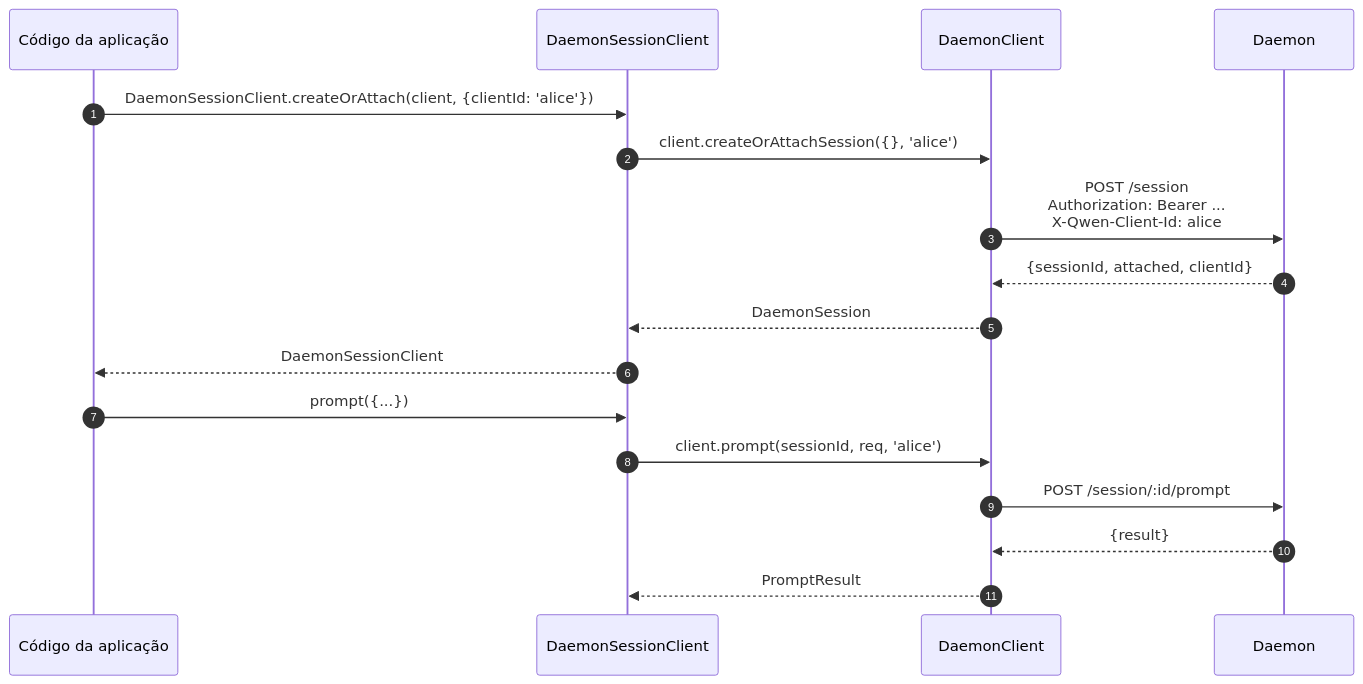
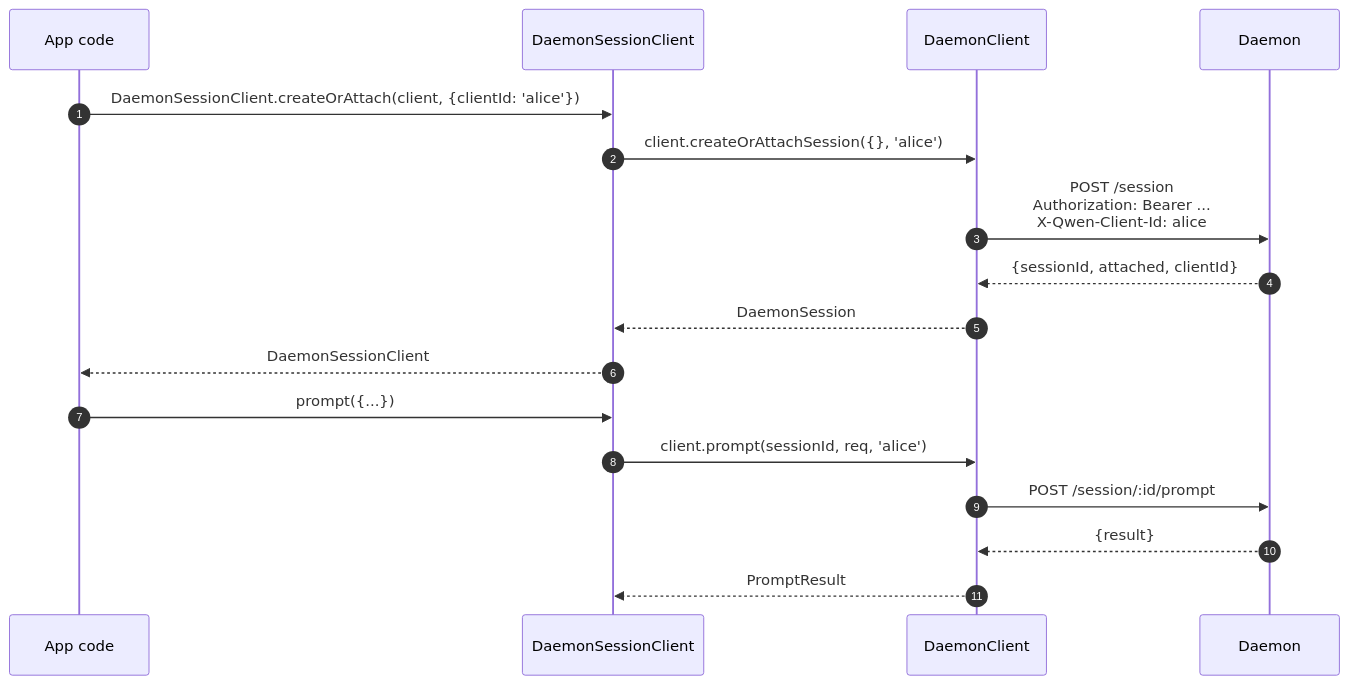
One commit to QwenLM/qwen-code-docs changed the first of 3 diagrams in website/content/pt-BR/developers/daemon/13-sdk-daemon-client.md. Above: the diagram before and after it, drawn with Mermaid. The commit also changed other lines of this file and 128 other files, not shown here.

````diff
--- a/website/content/pt-BR/developers/daemon/13-sdk-daemon-client.md
+++ b/website/content/pt-BR/developers/daemon/13-sdk-daemon-client.md
@@ -133,21 +147,21 @@
 ```mermaid
 sequenceDiagram
     autonumber
-    participant App as Código da aplicação
+    participant App as App code
     participant SC as DaemonSessionClient
     participant DC as DaemonClient
     participant D as Daemon
 
     App->>SC: DaemonSessionClient.createOrAttach(client, {clientId: 'alice'})
     SC->>DC: client.createOrAttachSession({}, 'alice')
     DC->>D: POST /session<br/>Authorization: Bearer ...<br/>X-Qwen-Client-Id: alice
     D-->>DC: {sessionId, attached, clientId}
     DC-->>SC: DaemonSession
     SC-->>App: DaemonSessionClient
 
     App->>SC: prompt({...})
     SC->>DC: client.prompt(sessionId, req, 'alice')
     DC->>D: POST /session/:id/prompt
     D-->>DC: {result}
     DC-->>SC: PromptResult
 ```
````
